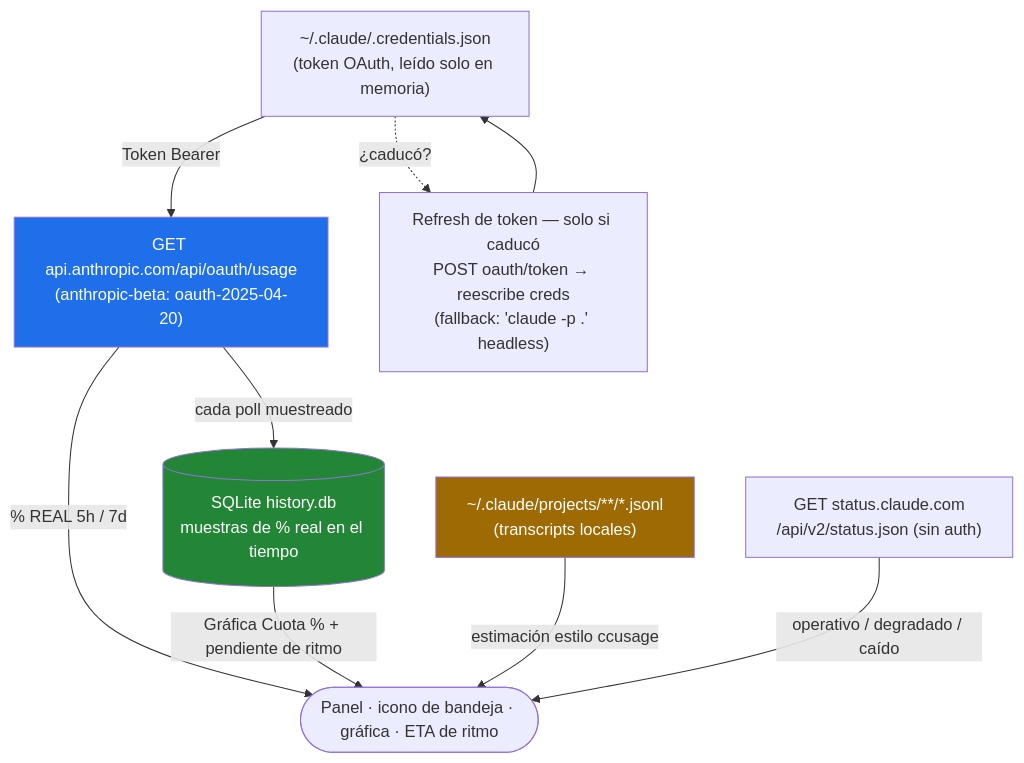
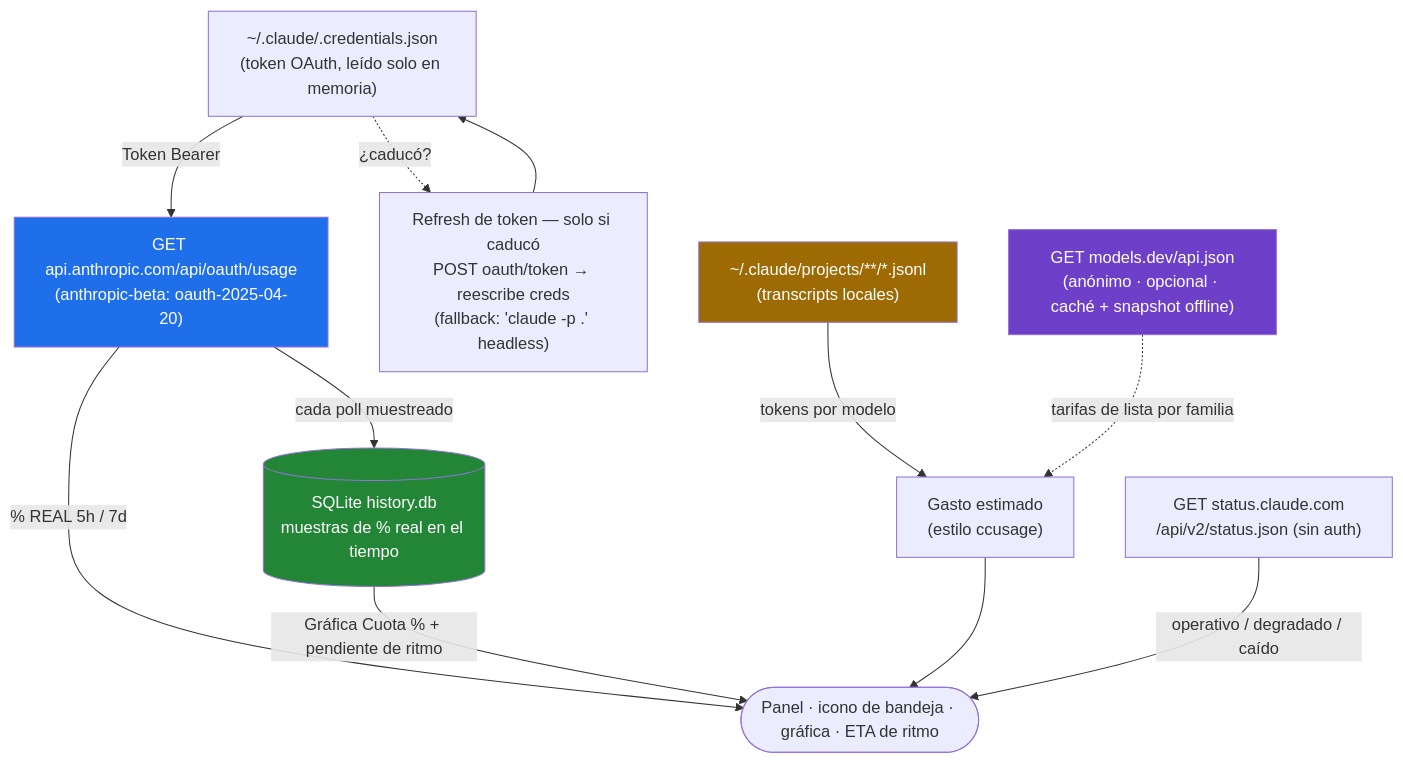
One commit to L-Vasconcelos/claudebar-win changed the diagram in README.es.md. Above: the diagram before and after it, drawn with Mermaid. The commit also changed other lines of this file and 16 other files, not shown here.

````diff
--- a/README.es.md
+++ b/README.es.md
@@ -237,21 +270,24 @@
 ```mermaid
 flowchart TD
     creds["~/.claude/.credentials.json<br/>(token OAuth, leído solo en memoria)"]
     usage["GET api.anthropic.com/api/oauth/usage<br/>(anthropic-beta: oauth-2025-04-20)"]
     refresh["Refresh de token — solo si caducó<br/>POST oauth/token → reescribe creds<br/>(fallback: 'claude -p .' headless)"]
     db[("SQLite history.db<br/>muestras de % real en el tiempo")]
     transcripts["~/.claude/projects/**/*.jsonl<br/>(transcripts locales)"]
+    prices["GET models.dev/api.json<br/>(anónimo · opcional · caché + snapshot offline)"]
     health["GET status.claude.com<br/>/api/v2/status.json (sin auth)"]
     panel(["Panel · icono de bandeja · gráfica · ETA de ritmo"])
 
     creds -->|Token Bearer| usage
     creds -.->|¿caducó?| refresh --> creds
     usage -->|% REAL 5h / 7d| panel
     usage -->|cada poll muestreado| db -->|Gráfica Cuota % + pendiente de ritmo| panel
-    transcripts -->|estimación estilo ccusage| panel
+    transcripts -->|tokens por modelo| spend["Gasto estimado<br/>(estilo ccusage)"]
+    prices -.->|tarifas de lista por familia| spend --> panel
     health -->|operativo / degradado / caído| panel
 
     style usage fill:#1f6feb,color:#fff
     style db fill:#238636,color:#fff
     style transcripts fill:#9e6a03,color:#fff
+    style prices fill:#6e40c9,color:#fff
 ```
````
